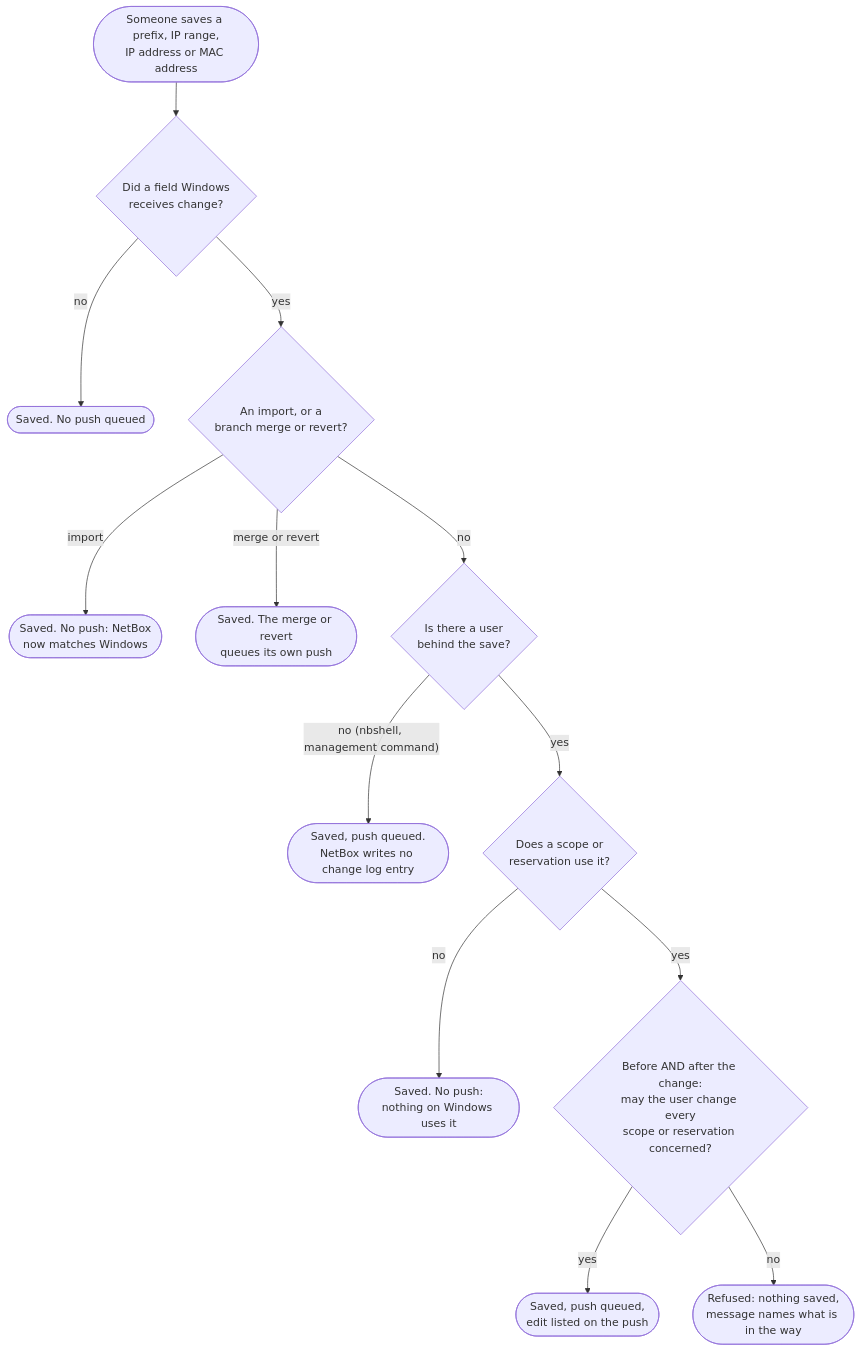
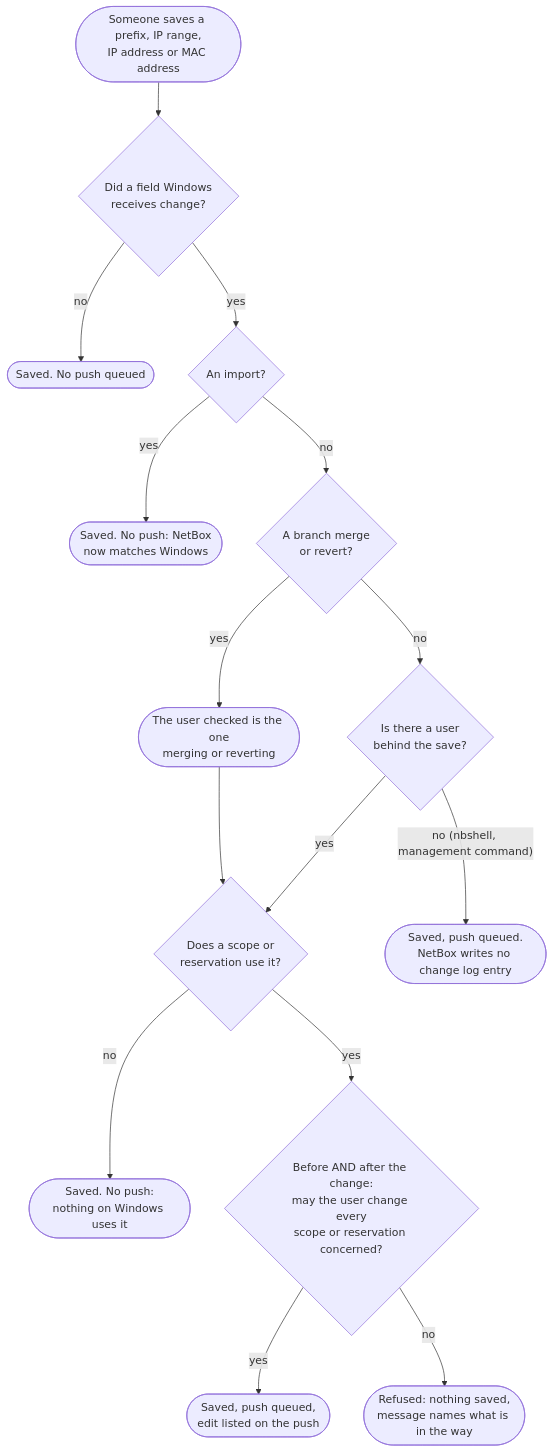
One commit to thomaschristory/netbox-windows-dhcp-plugin changed the diagram in docs/ipam-edits.md. Above: the diagram before and after it, drawn with Mermaid. The commit also changed other lines of this file and 7 other files, not shown here.

First line of the commit message:
feat: check branch merges and reverts as the merging user

````diff
--- a/docs/ipam-edits.md
+++ b/docs/ipam-edits.md
@@ -61,15 +61,17 @@
 ```mermaid
 flowchart TD
     save([Someone saves a prefix, IP range,<br/>IP address or MAC address]) --> fields{Did a field Windows<br/>receives change?}
     fields -- no --> ok1([Saved. No push queued])
-    fields -- yes --> skip{An import, or a<br/>branch merge or revert?}
-    skip -- import --> ok2([Saved. No push: NetBox<br/>now matches Windows])
-    skip -- "merge or revert" --> ok3([Saved. The merge or revert<br/>queues its own push])
-    skip -- no --> who{Is there a user<br/>behind the save?}
+    fields -- yes --> skip{An import?}
+    skip -- yes --> ok2([Saved. No push: NetBox<br/>now matches Windows])
+    skip -- no --> merge{A branch merge<br/>or revert?}
+    merge -- yes --> merger([The user checked is the one<br/>merging or reverting])
+    merger --> used
+    merge -- no --> who{Is there a user<br/>behind the save?}
     who -- "no (nbshell, management command)" --> ok4([Saved, push queued.<br/>NetBox writes no change log entry])
     who -- yes --> used{Does a scope or<br/>reservation use it?}
     used -- no --> ok5([Saved. No push:<br/>nothing on Windows uses it])
     used -- yes --> perm{Before AND after the change:<br/>may the user change every<br/>scope or reservation concerned?}
     perm -- yes --> ok6([Saved, push queued,<br/>edit listed on the push])
     perm -- no --> refused([Refused: nothing saved,<br/>message names what is in the way])
 ```
````
